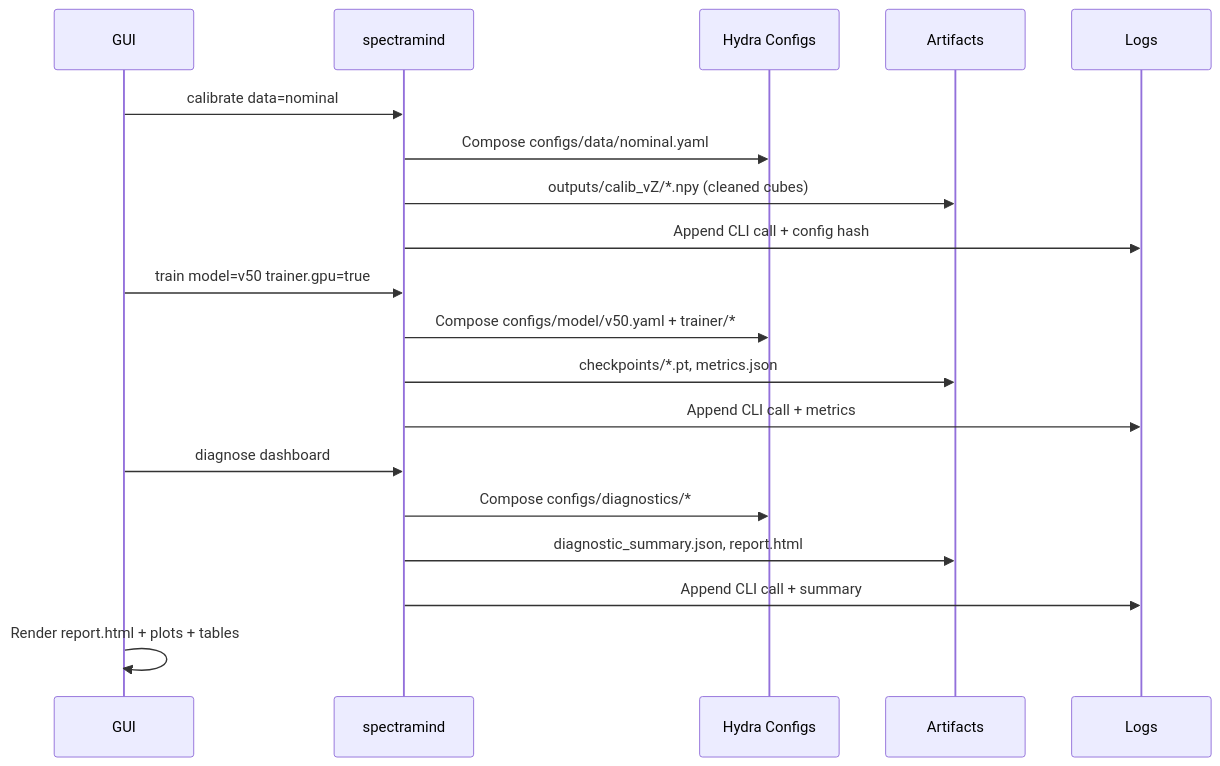
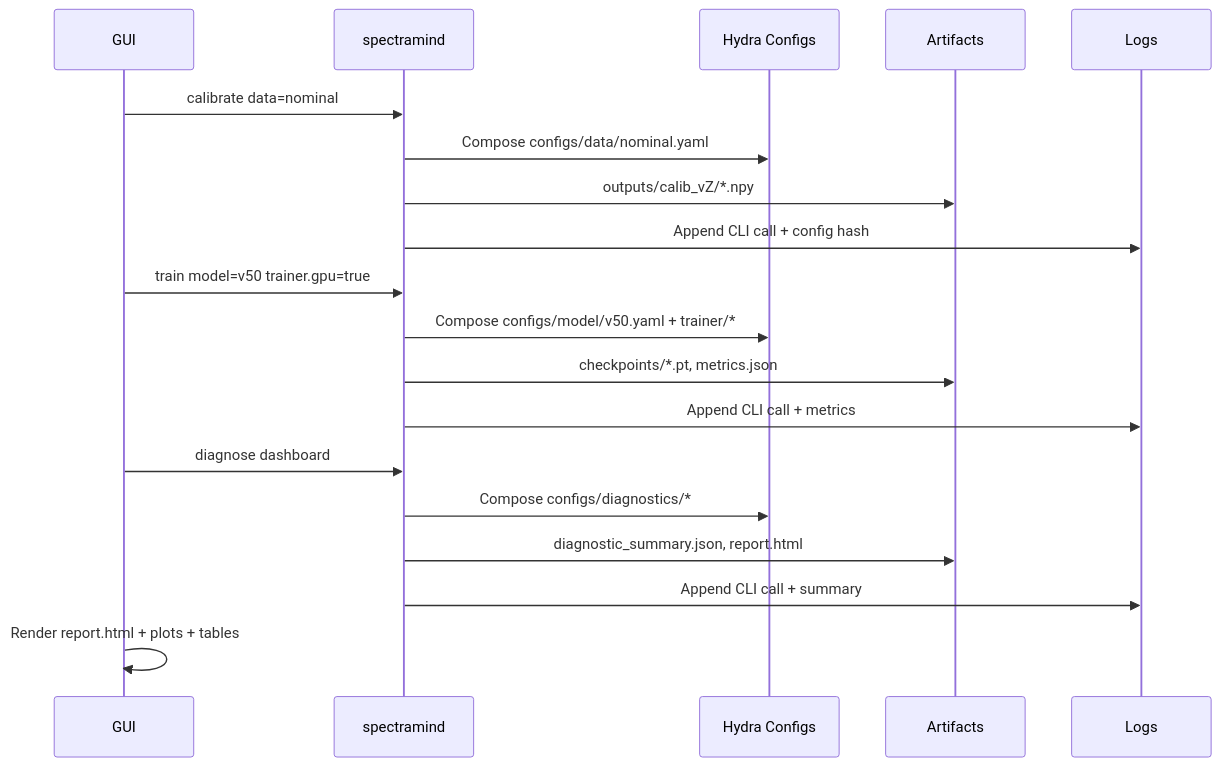
One commit to bartytime4life/ArielSensorArray changed the fourth of 7 diagrams in docs/gui/integration.md. Above: the diagram before and after it, drawn with Mermaid. The commit also changed other lines of this file, not shown here.

````diff
--- a/docs/gui/integration.md
+++ b/docs/gui/integration.md
@@ -87,25 +92,25 @@
 ```mermaid
 sequenceDiagram
     participant GUI as GUI
     participant CLI as spectramind
     participant HYD as Hydra Configs
     participant ART as Artifacts
     participant LOG as Logs
 
     GUI->>CLI: calibrate data=nominal
     CLI->>HYD: Compose configs/data/nominal.yaml
-    CLI->>ART: outputs/calib_vZ/*.npy (cleaned cubes)
+    CLI->>ART: outputs/calib_vZ/*.npy
     CLI->>LOG: Append CLI call + config hash
 
     GUI->>CLI: train model=v50 trainer.gpu=true
     CLI->>HYD: Compose configs/model/v50.yaml + trainer/*
     CLI->>ART: checkpoints/*.pt, metrics.json
     CLI->>LOG: Append CLI call + metrics
 
     GUI->>CLI: diagnose dashboard
     CLI->>HYD: Compose configs/diagnostics/*
     CLI->>ART: diagnostic_summary.json, report.html
     CLI->>LOG: Append CLI call + summary
 
     GUI->>GUI: Render report.html + plots + tables
 ```
````
